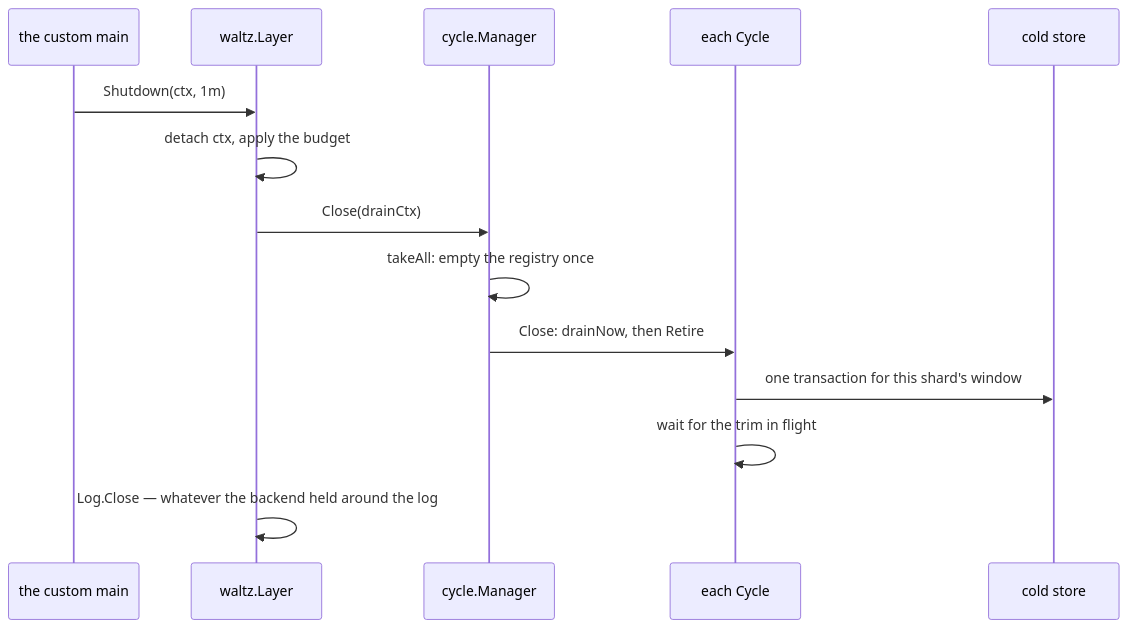
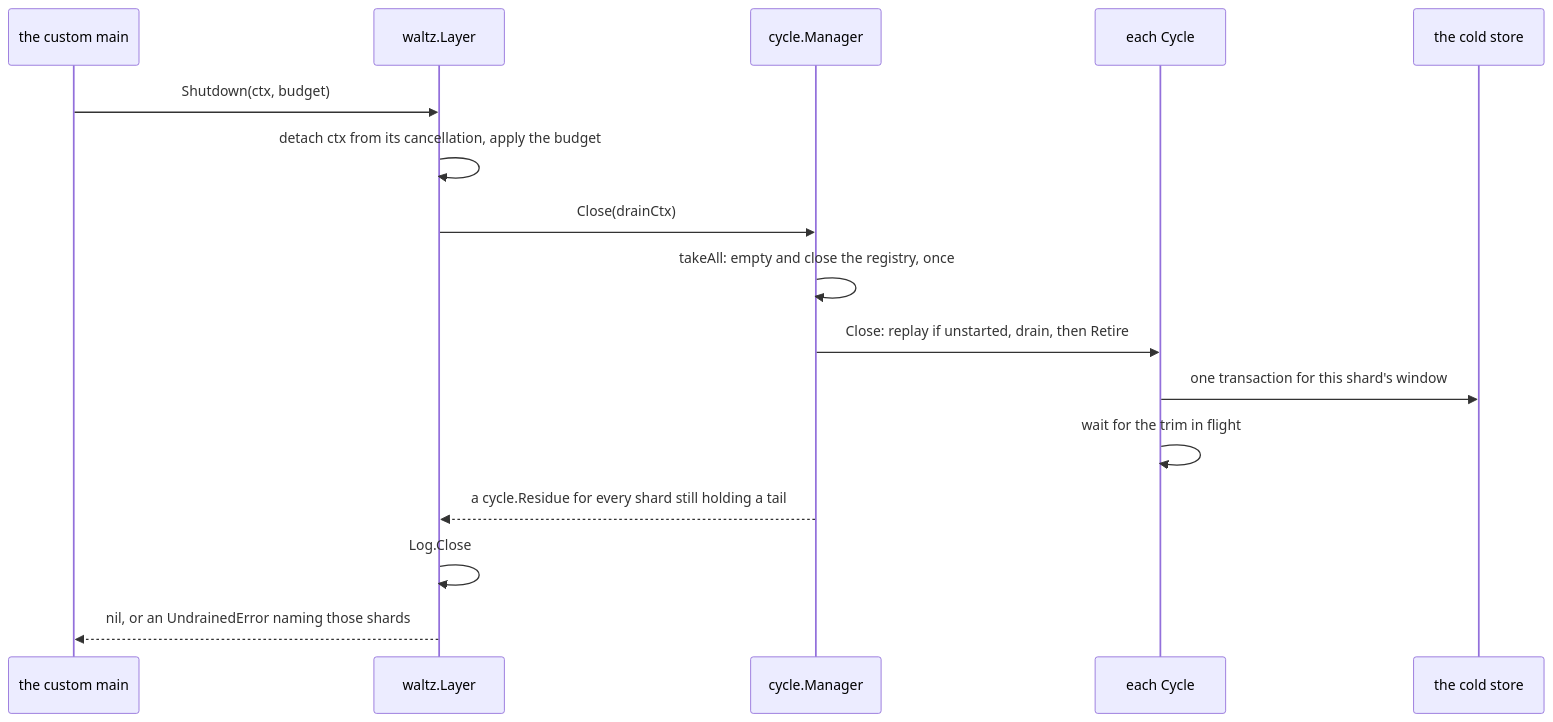
One commit to aromanovich/waltz changed the fourth of 4 diagrams in docs/handbook/06-shard-lifecycle.md. Above: the diagram before and after it, drawn with Mermaid. The commit also changed other lines of this file and 187 other files, not shown here.

````diff
--- a/docs/handbook/06-shard-lifecycle.md
+++ b/docs/handbook/06-shard-lifecycle.md
@@ -496,16 +360,18 @@
 ```mermaid
 sequenceDiagram
     participant Main as the custom main
     participant L as waltz.Layer
     participant MG as cycle.Manager
     participant CY as each Cycle
-    participant CS as cold store
-    Main->>L: Shutdown(ctx, 1m)
-    L->>L: detach ctx, apply the budget
+    participant CS as the cold store
+    Main->>L: Shutdown(ctx, budget)
+    L->>L: detach ctx from its cancellation, apply the budget
     L->>MG: Close(drainCtx)
-    MG->>MG: takeAll: empty the registry once
-    MG->>CY: Close: drainNow, then Retire
+    MG->>MG: takeAll: empty and close the registry, once
+    MG->>CY: Close: replay if unstarted, drain, then Retire
     CY->>CS: one transaction for this shard's window
     CY->>CY: wait for the trim in flight
-    L->>L: Log.Close — whatever the backend held around the log
+    MG-->>L: a cycle.Residue for every shard still holding a tail
+    L->>L: Log.Close
+    L-->>Main: nil, or an UndrainedError naming those shards
 ```
````
